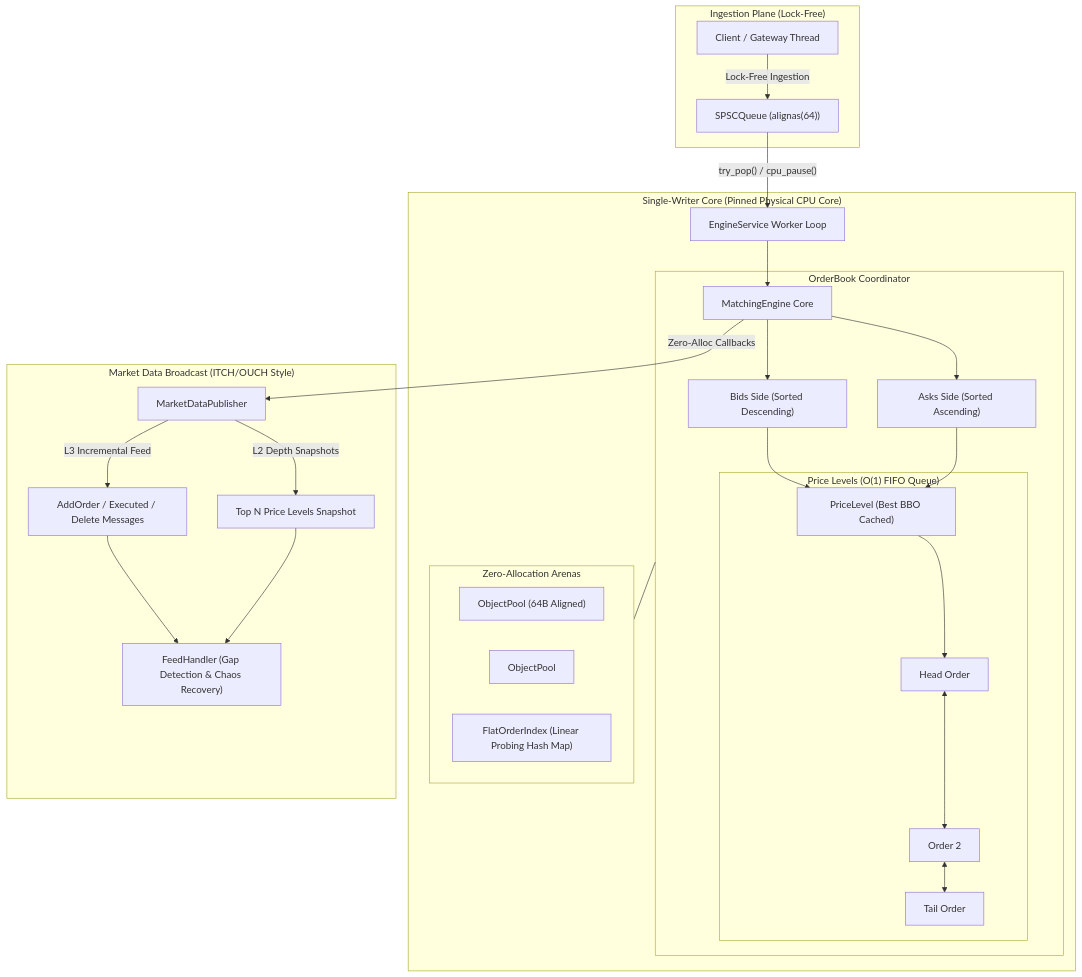
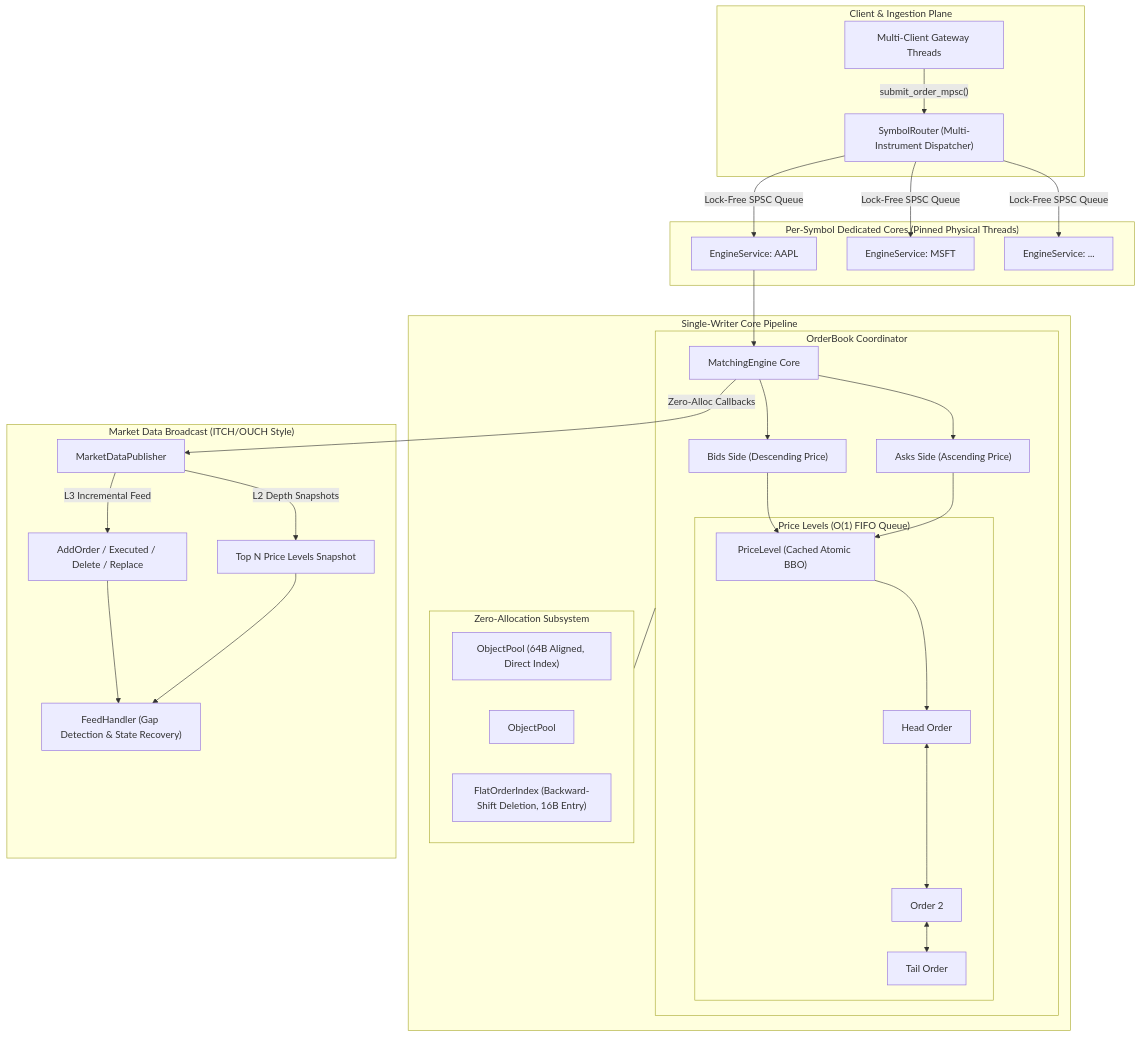
Before and after one commit to StanislawGolec/orderbook-hft: the diagram in README.md, drawn with Mermaid. The commit also changed other lines of this file, not shown here.

First line of the commit message:
docs(readme): update architecture diagram, market replay metrics, and repository structure

````diff
--- a/README.md
+++ b/README.md
@@ -16,40 +16,47 @@
 ```mermaid
 flowchart TD
-    subgraph Ingestion["Ingestion Plane (Lock-Free)"]
-        Client["Client / Gateway Thread"] -->|"Lock-Free Ingestion"| SPSC["SPSCQueue<OrderCommand> (alignas(64))"]
+    subgraph ClientPlane["Client & Ingestion Plane"]
+        Gateway["Multi-Client Gateway Threads"]
+        Router["SymbolRouter (Multi-Instrument Dispatcher)"]
+        Gateway -->|"submit_order_mpsc()"| Router
     end
 
-    subgraph CoreEngine["Single-Writer Core (Pinned Physical CPU Core)"]
-        SPSC -->|"try_pop() / cpu_pause()"| Service["EngineService Worker Loop"]
-        Service --> Matching["MatchingEngine Core"]
+    subgraph SymbolEngines["Per-Symbol Dedicated Cores (Pinned Physical Threads)"]
+        Router -->|"Lock-Free SPSC Queue"| Engine1["EngineService: AAPL"]
+        Router -->|"Lock-Free SPSC Queue"| Engine2["EngineService: MSFT"]
+        Router -->|"Lock-Free SPSC Queue"| EngineN["EngineService: ..."]
+    end
+
+    subgraph CoreEngine["Single-Writer Core Pipeline"]
+        Engine1 --> Matching["MatchingEngine Core"]
         
         subgraph BookCoordinator["OrderBook Coordinator"]
-            Matching --> Bids["Bids Side (Sorted Descending)"]
-            Matching --> Asks["Asks Side (Sorted Ascending)"]
+            Matching --> Bids["Bids Side (Descending Price)"]
+            Matching --> Asks["Asks Side (Ascending Price)"]
             
             subgraph PriceLevels["Price Levels (O(1) FIFO Queue)"]
-                PL["PriceLevel (Best BBO Cached)"] --> Head["Head Order"]
+                PL["PriceLevel (Cached Atomic BBO)"] --> Head["Head Order"]
                 Head <--> Node2["Order 2"] <--> Tail["Tail Order"]
             end
             
             Bids --> PL
             Asks --> PL
         end
 
-        subgraph MemorySubsystem["Zero-Allocation Arenas"]
-            PoolOrders["ObjectPool<Order> (64B Aligned)"]
+        subgraph MemorySubsystem["Zero-Allocation Subsystem"]
+            PoolOrders["ObjectPool<Order> (64B Aligned, Direct Index)"]
             PoolLevels["ObjectPool<PriceLevel>"]
-            Index["FlatOrderIndex (Linear Probing Hash Map)"]
+            Index["FlatOrderIndex (Backward-Shift Deletion, 16B Entry)"]
         end
 
         BookCoordinator --- MemorySubsystem
     end
 
     subgraph MarketDataPlane["Market Data Broadcast (ITCH/OUCH Style)"]
         Matching -->|"Zero-Alloc Callbacks"| Publisher["MarketDataPublisher"]
-        Publisher -->|"L3 Incremental Feed"| L3["AddOrder / Executed / Delete Messages"]
+        Publisher -->|"L3 Incremental Feed"| L3["AddOrder / Executed / Delete / Replace"]
         Publisher -->|"L2 Depth Snapshots"| L2["Top N Price Levels Snapshot"]
-        L3 --> FeedHandler["FeedHandler (Gap Detection & Chaos Recovery)"]
+        L3 --> FeedHandler["FeedHandler (Gap Detection & State Recovery)"]
         L2 --> FeedHandler
     end
 ```
````
